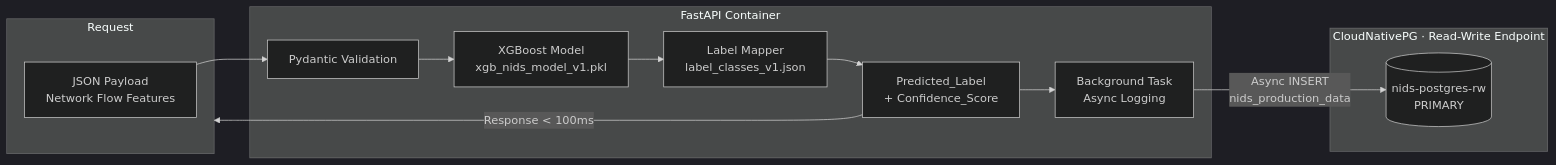
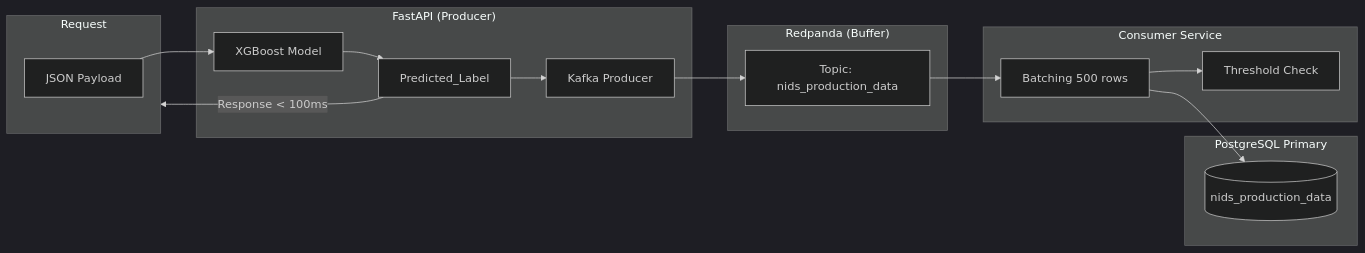
Before and after one commit to Viet-Hoang-2005/AdaptML: the second of 7 diagrams in ARCHITECTURE.md, drawn with Mermaid (dark theme). The commit also changed other lines of this file and 3 other files, not shown here.

Commit message:
docs: Update documents  for the system Architecture.

````diff
--- a/ARCHITECTURE.md
+++ b/ARCHITECTURE.md
@@ -75,24 +77,31 @@
 ```mermaid
 flowchart LR
     subgraph REQUEST["Request"]
-        JSON["JSON Payload<br/>Network Flow Features"]
+        JSON["JSON Payload"]
     end
 
-    subgraph FASTAPI["FastAPI Container"]
-        PARSER[Pydantic Validation]
-        MODEL["XGBoost Model<br/>xgb_nids_model_v1.pkl"]
-        LABELS["Label Mapper<br/>label_classes_v1.json"]
-        PRED[Predicted_Label<br/>+ Confidence_Score]
-        BT[Background Task<br/>Async Logging]
+    subgraph FASTAPI["FastAPI (Producer)"]
+        MODEL["XGBoost Model"]
+        PRED[Predicted_Label]
+        K_PROD[Kafka Producer]
     end
 
-    subgraph STORAGE["CloudNativePG · Read-Write Endpoint"]
-        RW[("nids-postgres-rw<br/>PRIMARY")]
+    subgraph BROKER["Redpanda (Buffer)"]
+        TOPIC["Topic: nids_production_data"]
     end
 
-    JSON --> PARSER --> MODEL
-    MODEL --> LABELS --> PRED
+    subgraph WORKER["Consumer Service"]
+        BATCH[Batching 500 rows]
+        TRIGGER[Threshold Check]
+    end
+
+    subgraph STORAGE["PostgreSQL Primary"]
+        TABLE[(nids_production_data)]
+    end
+
+    JSON --> MODEL --> PRED
     PRED -->|Response < 100ms| REQUEST
-    PRED --> BT
-    BT -->|Async INSERT<br/>nids_production_data| RW
+    PRED --> K_PROD --> TOPIC
+    TOPIC --> BATCH --> TABLE
+    BATCH --> TRIGGER
 ```
````
